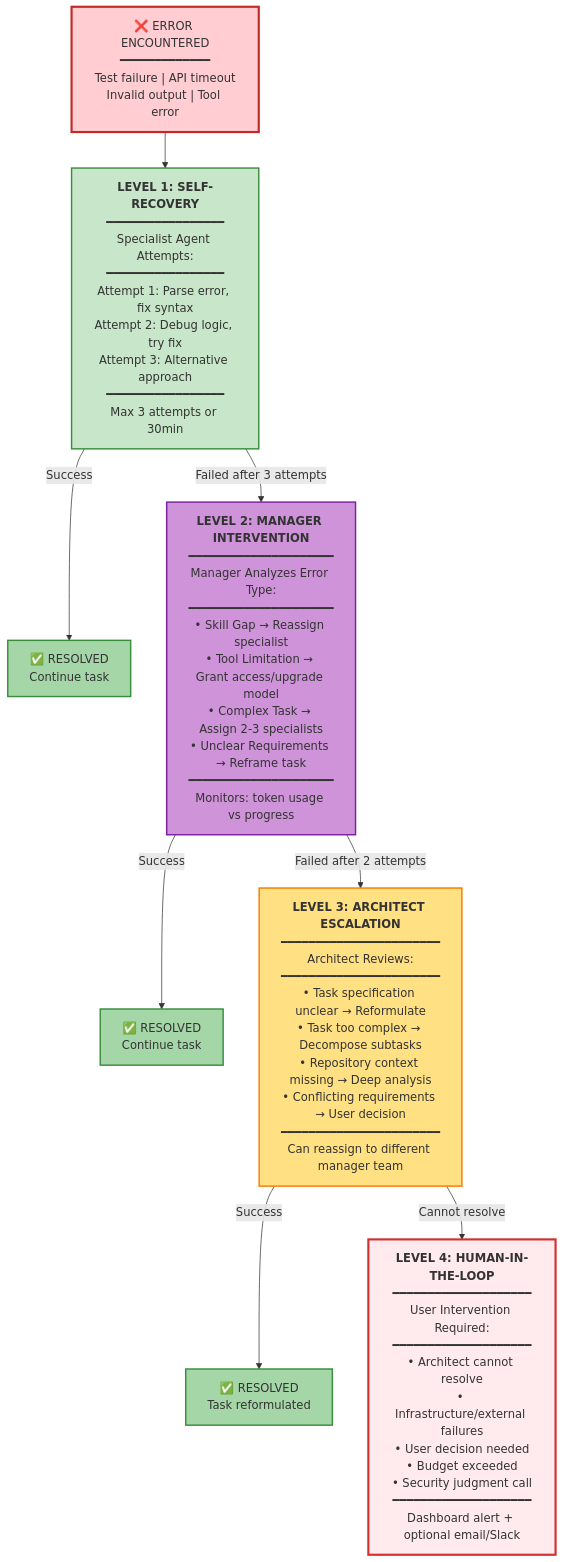
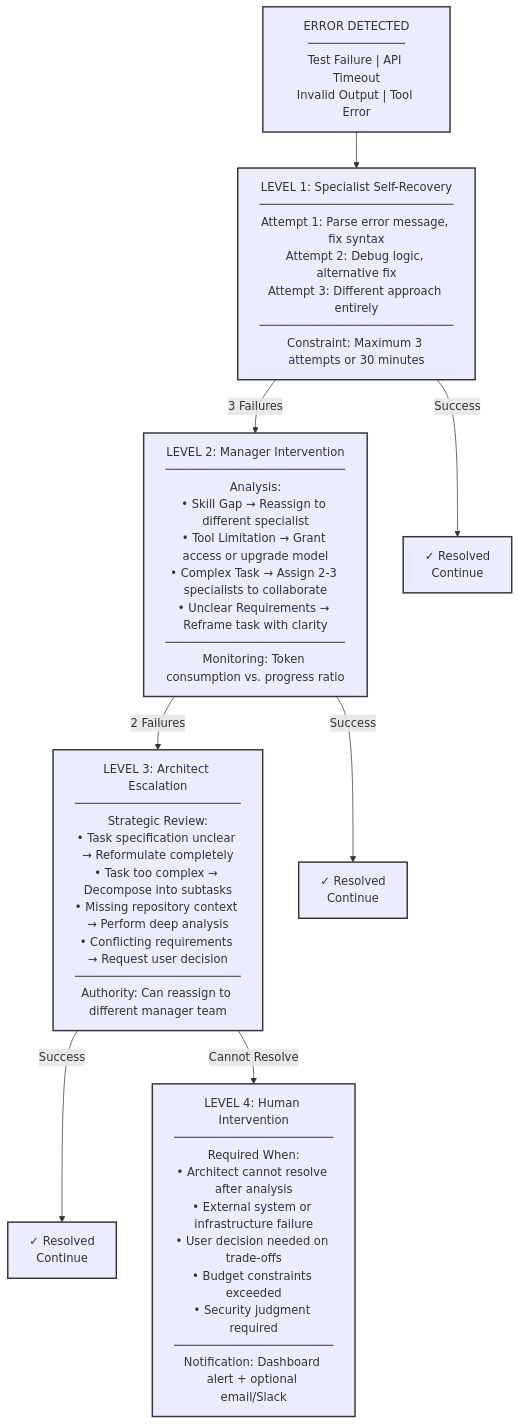
The third of 10 diagrams in README.md (MRiARC/ai-coding-harness), drawn with Mermaid before and after one commit. The commit also changed other lines of this file, not shown here.

Commit message:
Refactor: Professional B&W diagrams with improved clarity and structure

````diff
--- a/README.md
+++ b/README.md
@@ -129,35 +136,26 @@
 ```mermaid
 graph TD
-    Error["❌ ERROR ENCOUNTERED<br/>━━━━━━━━━━━━━<br/>Test failure | API timeout<br/>Invalid output | Tool error"]
+    Error["ERROR DETECTED<br/>──────────────<br/>Test Failure | API Timeout<br/>Invalid Output | Tool Error"]
     
-    Level1["<b>LEVEL 1: SELF-RECOVERY</b><br/>━━━━━━━━━━━━━━━━━<br/>Specialist Agent Attempts:<br/>━━━━━━━━━━━━━━━━━<br/>Attempt 1: Parse error, fix syntax<br/>Attempt 2: Debug logic, try fix<br/>Attempt 3: Alternative approach<br/>━━━━━━━━━━━━━━━━━<br/>Max 3 attempts or 30min"]
+    L1["LEVEL 1: Specialist Self-Recovery<br/>────────────────────────────<br/>Attempt 1: Parse error message, fix syntax<br/>Attempt 2: Debug logic, alternative fix<br/>Attempt 3: Different approach entirely<br/>────────────────────────────<br/>Constraint: Maximum 3 attempts or 30 minutes"]
     
-    Success1["✅ RESOLVED<br/>Continue task"]
+    L2["LEVEL 2: Manager Intervention<br/>──────────────────────────<br/>Analysis:<br/>• Skill Gap → Reassign to different specialist<br/>• Tool Limitation → Grant access or upgrade model<br/>• Complex Task → Assign 2-3 specialists to collaborate<br/>• Unclear Requirements → Reframe task with clarity<br/>──────────────────────────<br/>Monitoring: Token consumption vs. progress ratio"]
     
-    Level2["<b>LEVEL 2: MANAGER INTERVENTION</b><br/>━━━━━━━━━━━━━━━━━━━━━<br/>Manager Analyzes Error Type:<br/>━━━━━━━━━━━━━━━━━━━━━<br/>• Skill Gap → Reassign specialist<br/>• Tool Limitation → Grant access/upgrade model<br/>• Complex Task → Assign 2-3 specialists<br/>• Unclear Requirements → Reframe task<br/>━━━━━━━━━━━━━━━━━━━━━<br/>Monitors: token usage vs progress"]
+    L3["LEVEL 3: Architect Escalation<br/>────────────────────────<br/>Strategic Review:<br/>• Task specification unclear → Reformulate completely<br/>• Task too complex → Decompose into subtasks<br/>• Missing repository context → Perform deep analysis<br/>• Conflicting requirements → Request user decision<br/>────────────────────────<br/>Authority: Can reassign to different manager team"]
     
-    Success2["✅ RESOLVED<br/>Continue task"]
+    L4["LEVEL 4: Human Intervention<br/>───────────────────────<br/>Required When:<br/>• Architect cannot resolve after analysis<br/>• External system or infrastructure failure<br/>• User decision needed on trade-offs<br/>• Budget constraints exceeded<br/>• Security judgment required<br/>───────────────────────<br/>Notification: Dashboard alert + optional email/Slack"]
     
-    Level3["<b>LEVEL 3: ARCHITECT ESCALATION</b><br/>━━━━━━━━━━━━━━━━━━━━━━━<br/>Architect Reviews:<br/>━━━━━━━━━━━━━━━━━━━━━━━<br/>• Task specification unclear → Reformulate<br/>• Task too complex → Decompose subtasks<br/>• Repository context missing → Deep analysis<br/>• Conflicting requirements → User decision<br/>━━━━━━━━━━━━━━━━━━━━━━━<br/>Can reassign to different manager team"]
+    Success1["✓ Resolved<br/>Continue"]
+    Success2["✓ Resolved<br/>Continue"]
+    Success3["✓ Resolved<br/>Continue"]
     
-    Success3["✅ RESOLVED<br/>Task reformulated"]
+    Error --> L1
+    L1 -->|Success| Success1
+    L1 -->|3 Failures| L2
+    L2 -->|Success| Success2
+    L2 -->|2 Failures| L3
+    L3 -->|Success| Success3
+    L3 -->|Cannot Resolve| L4
     
-    Human["<b>LEVEL 4: HUMAN-IN-THE-LOOP</b><br/>━━━━━━━━━━━━━━━━━━━━<br/>User Intervention Required:<br/>━━━━━━━━━━━━━━━━━━━━<br/>• Architect cannot resolve<br/>• Infrastructure/external failures<br/>• User decision needed<br/>• Budget exceeded<br/>• Security judgment call<br/>━━━━━━━━━━━━━━━━━━━━<br/>Dashboard alert + optional email/Slack"]
-    
-    Error --> Level1
-    Level1 -->|Success| Success1
-    Level1 -->|Failed after 3 attempts| Level2
-    Level2 -->|Success| Success2
-    Level2 -->|Failed after 2 attempts| Level3
-    Level3 -->|Success| Success3
-    Level3 -->|Cannot resolve| Human
-    
-    style Error fill:#FFCDD2,stroke:#C62828,stroke-width:3px
-    style Level1 fill:#C8E6C9,stroke:#388E3C,stroke-width:2px
-    style Level2 fill:#CE93D8,stroke:#7B1FA2,stroke-width:2px
-    style Level3 fill:#FFE082,stroke:#F57C00,stroke-width:2px
-    style Human fill:#FFEBEE,stroke:#D32F2F,stroke-width:3px
-    style Success1 fill:#A5D6A7,stroke:#388E3C,stroke-width:2px
-    style Success2 fill:#A5D6A7,stroke:#388E3C,stroke-width:2px
-    style Success3 fill:#A5D6A7,stroke:#388E3C,stroke-width:2px
+    classDef default stroke:#333,stroke-width:2px
 ```
````
